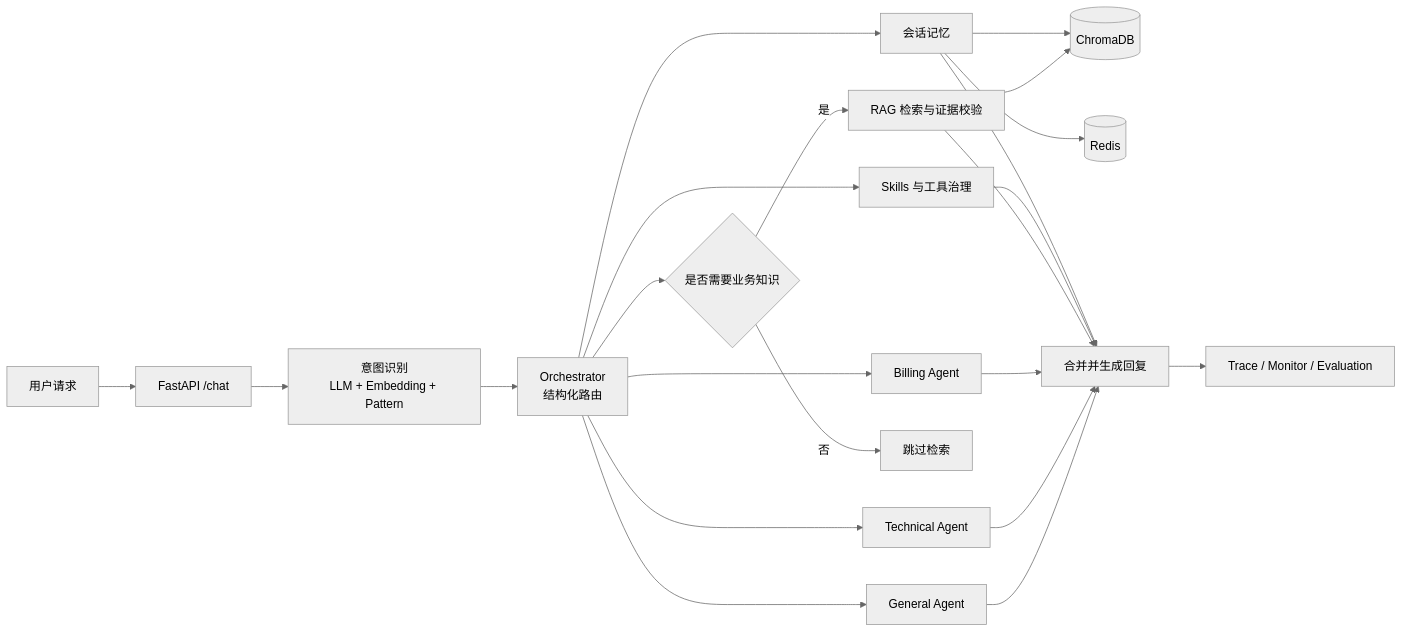
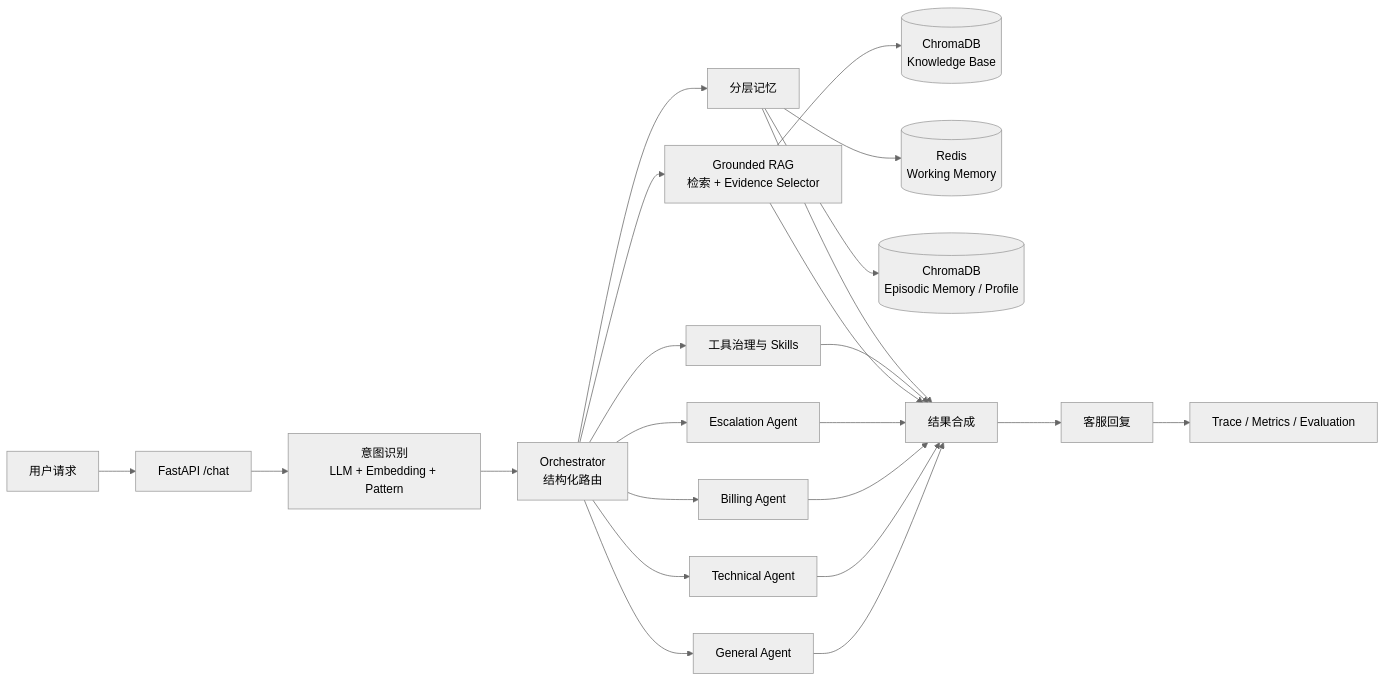
One commit to LMM1234556/EchoMind changed the diagram in README.md. Above: the diagram before and after it, drawn with Mermaid (neutral theme). The commit also changed other lines of this file and 5 other files, not shown here.

````diff
--- a/README.md
+++ b/README.md
@@ -39,27 +84,30 @@
 ```mermaid
 flowchart LR
     U[用户请求] --> API[FastAPI /chat]
-    API --> I[意图识别\nLLM + Embedding + Pattern]
-    I --> O[Orchestrator\n结构化路由]
-    O --> A1[General Agent]
-    O --> A2[Technical Agent]
-    O --> A3[Billing Agent]
+    API --> INTENT[意图识别<br/>LLM + Embedding + Pattern]
+    INTENT --> ORCH[Orchestrator<br/>结构化路由]
 
-    O --> G{是否需要业务知识}
-    G -->|是| R[RAG 检索与证据校验]
-    R --> C[(ChromaDB)]
-    G -->|否| X[跳过检索]
+    ORCH --> GENERAL[General Agent]
+    ORCH --> TECH[Technical Agent]
+    ORCH --> BILLING[Billing Agent]
+    ORCH --> ESC[Escalation Agent]
 
-    O --> S[Skills 与工具治理]
-    O --> M[会话记忆]
-    M --> RD[(Redis)]
-    M --> C
+    ORCH --> RAG[Grounded RAG<br/>检索 + Evidence Selector]
+    RAG --> KB[(ChromaDB<br/>Knowledge Base)]
 
-    A1 --> Z[合并并生成回复]
-    A2 --> Z
-    A3 --> Z
-    R --> Z
-    S --> Z
-    M --> Z
-    Z --> T[Trace / Monitor / Evaluation]
+    ORCH --> TOOLS[工具治理与 Skills]
+    ORCH --> MEMORY[分层记忆]
+    MEMORY --> REDIS[(Redis<br/>Working Memory)]
+    MEMORY --> HISTORY[(ChromaDB<br/>Episodic Memory / Profile)]
+
+    GENERAL --> COMPOSE[结果合成]
+    TECH --> COMPOSE
+    BILLING --> COMPOSE
+    ESC --> COMPOSE
+    RAG --> COMPOSE
+    TOOLS --> COMPOSE
+    MEMORY --> COMPOSE
+
+    COMPOSE --> RESPONSE[客服回复]
+    RESPONSE --> OBS[Trace / Metrics / Evaluation]
 ```
````
